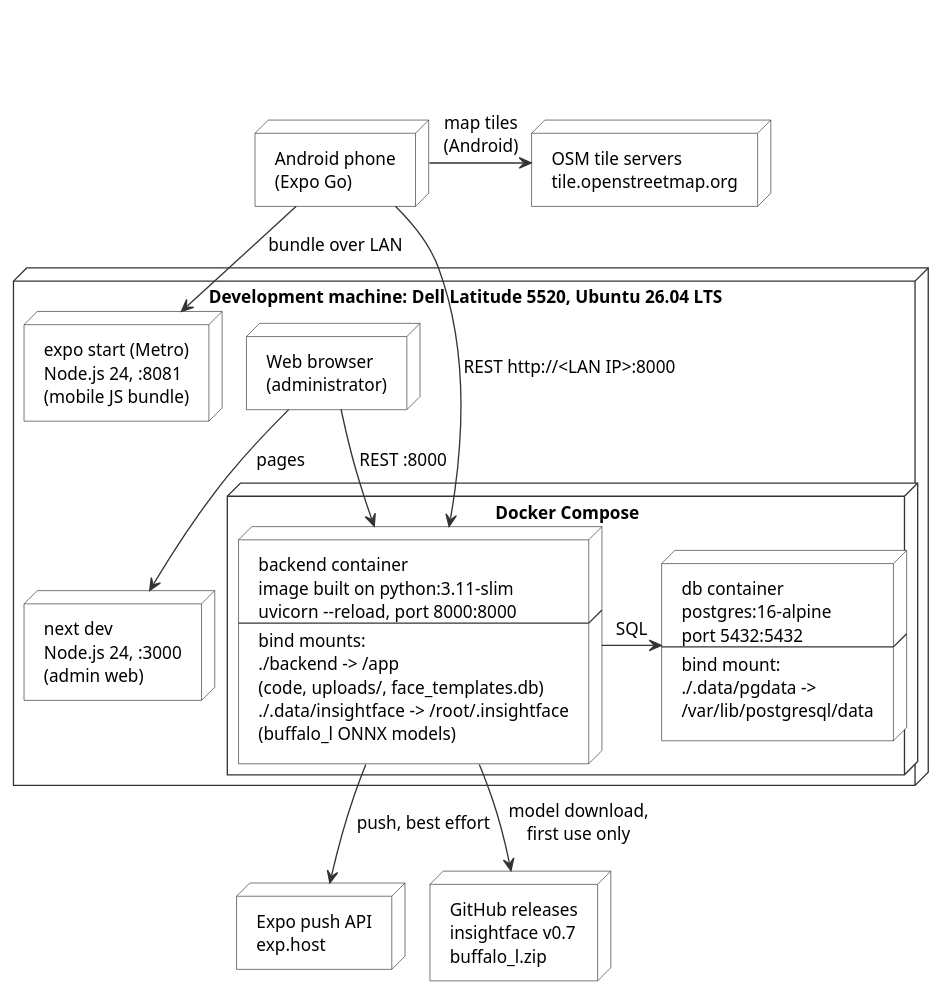
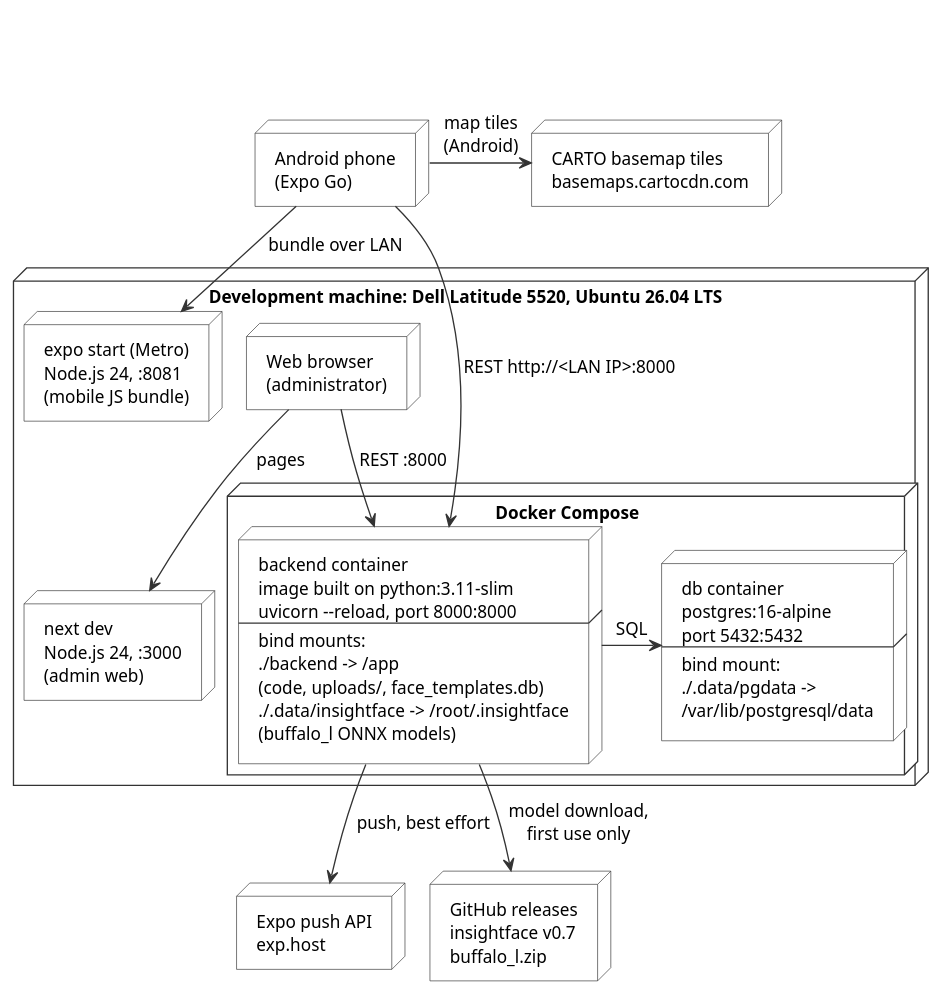
The diagram in docs/thesis/diagrams/ch5-deployment.puml (sanjula77/iPermit), drawn with PlantUML before and after one commit. The commit also changed 6 other files, not shown here.

First line of the commit message:
Load the Android map from CARTO tiles instead of OSM

```diff
--- a/docs/thesis/diagrams/ch5-deployment.puml
+++ b/docs/thesis/diagrams/ch5-deployment.puml
@@ -1,43 +1,43 @@
 @startuml ch5-deployment
 !pragma layout smetana
 title \n\n
 skinparam shadowing false
 skinparam defaultFontName Arial
 skinparam defaultFontSize 13
 skinparam node {
   BackgroundColor #FFFFFF
   BorderColor #333333
 }
 skinparam cloud {
   BackgroundColor #FFFFFF
   BorderColor #333333
 }
 skinparam arrow {
   Color #333333
 }
 
 node "Android phone\n(Expo Go)" as PHONE
 
 node "Development machine: Dell Latitude 5520, Ubuntu 26.04 LTS" as DEV {
   node "Web browser\n(administrator)" as BROWSER
   node "next dev\nNode.js 24, :3000\n(admin web)" as NEXT
   node "expo start (Metro)\nNode.js 24, :8081\n(mobile JS bundle)" as METRO
   node "Docker Compose" as DC {
     node "backend container\nimage built on python:3.11-slim\nuvicorn --reload, port 8000:8000\n----\nbind mounts:\n./backend -> /app\n(code, uploads/, face_templates.db)\n./.data/insightface -> /root/.insightface\n(buffalo_l ONNX models)" as BE
     node "db container\npostgres:16-alpine\nport 5432:5432\n----\nbind mount:\n./.data/pgdata ->\n/var/lib/postgresql/data" as DB
   }
 }
 
 node "Expo push API\nexp.host" as EXPO
-node "OSM tile servers\ntile.openstreetmap.org" as OSM
+node "CARTO basemap tiles\nbasemaps.cartocdn.com" as OSM
 node "GitHub releases\ninsightface v0.7\nbuffalo_l.zip" as GH
 
 BROWSER -down-> NEXT : pages
 BROWSER -down-> BE : REST :8000
 PHONE -down-> METRO : bundle over LAN
 PHONE -down-> BE : REST http://<LAN IP>:8000
 BE -right-> DB : SQL
 PHONE -right-> OSM : map tiles\n(Android)
 BE -down-> EXPO : push, best effort
 BE -down-> GH : model download,\nfirst use only
 @enduml
```
